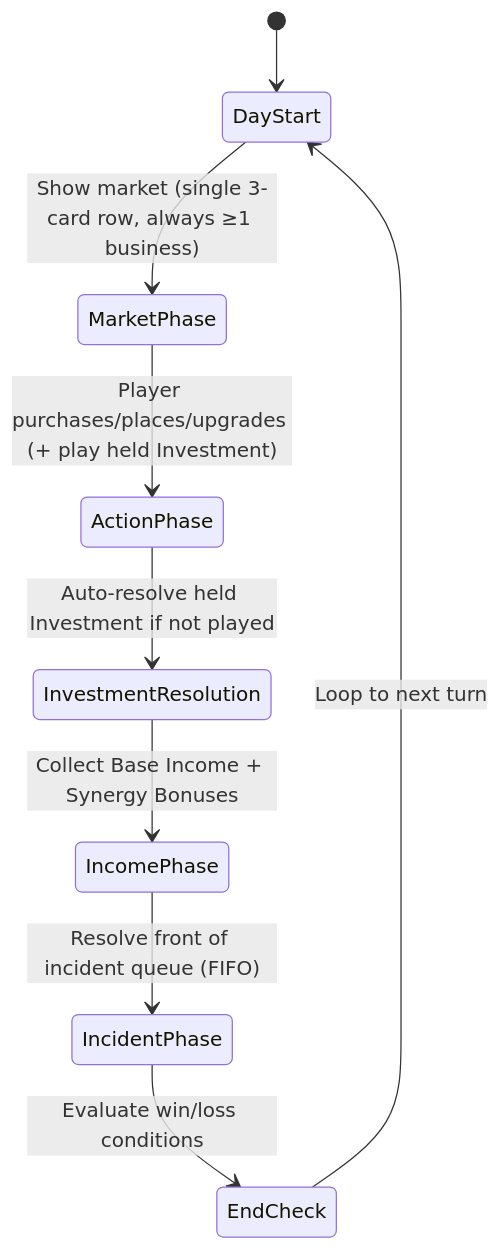
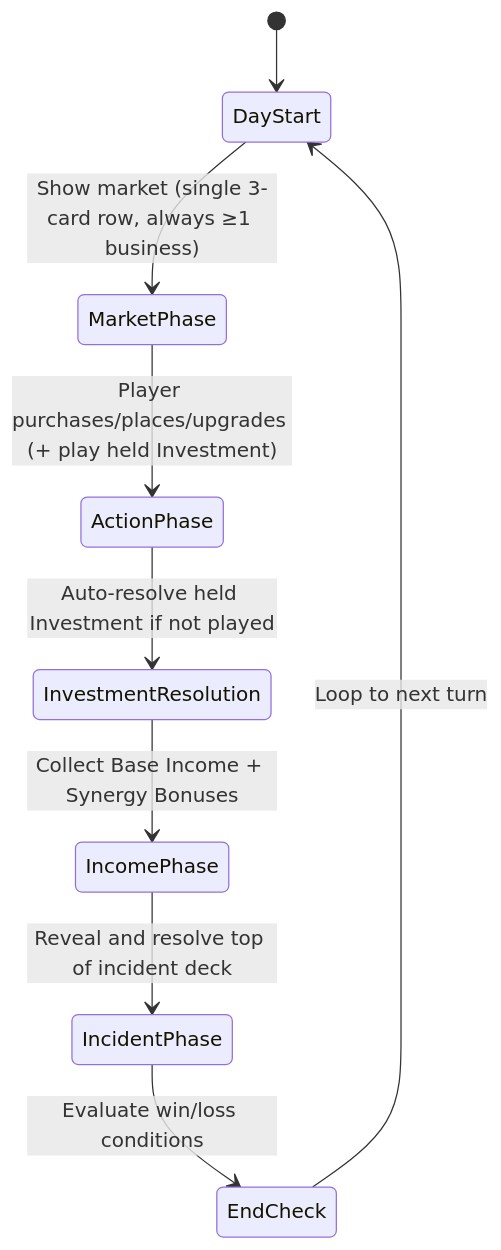
The first of 2 diagrams in docs/main-street/core-rules-and-mechanics.md (TheWizardsCode/Tableau-Card-Engine), drawn with Mermaid before and after one commit. The commit also changed other lines of this file and 12 other files, not shown here.

````diff
--- a/docs/main-street/core-rules-and-mechanics.md
+++ b/docs/main-street/core-rules-and-mechanics.md
@@ -167,11 +167,11 @@
 ```mermaid
 stateDiagram-v2
     [*] --> DayStart
     DayStart --> MarketPhase: Show market (single 3-card row, always ≥1 business)
     MarketPhase --> ActionPhase: Player purchases/places/upgrades (+ play held Investment)
     ActionPhase --> InvestmentResolution: Auto‑resolve held Investment if not played
     InvestmentResolution --> IncomePhase: Collect Base Income + Synergy Bonuses
-    IncomePhase --> IncidentPhase: Resolve front of incident queue (FIFO)
+    IncomePhase --> IncidentPhase: Reveal and resolve top of incident deck
     IncidentPhase --> EndCheck: Evaluate win/loss conditions
     EndCheck --> DayStart: Loop to next turn
 ```
````
